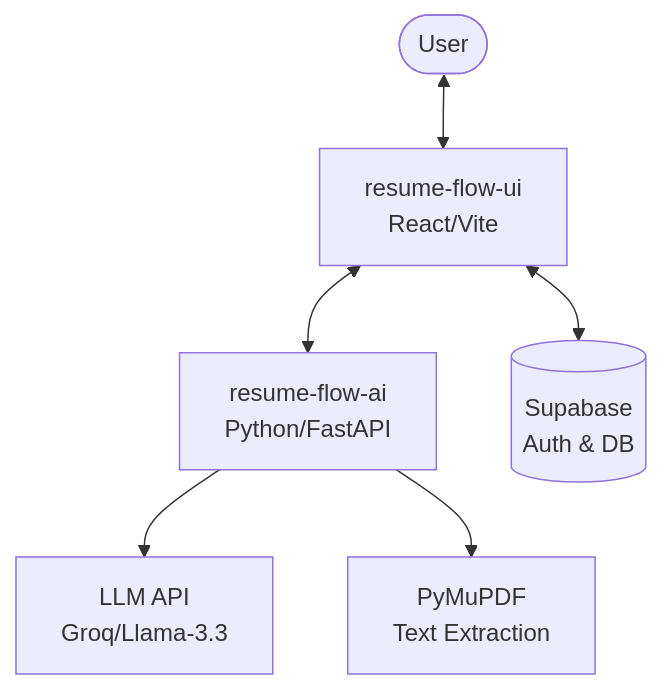
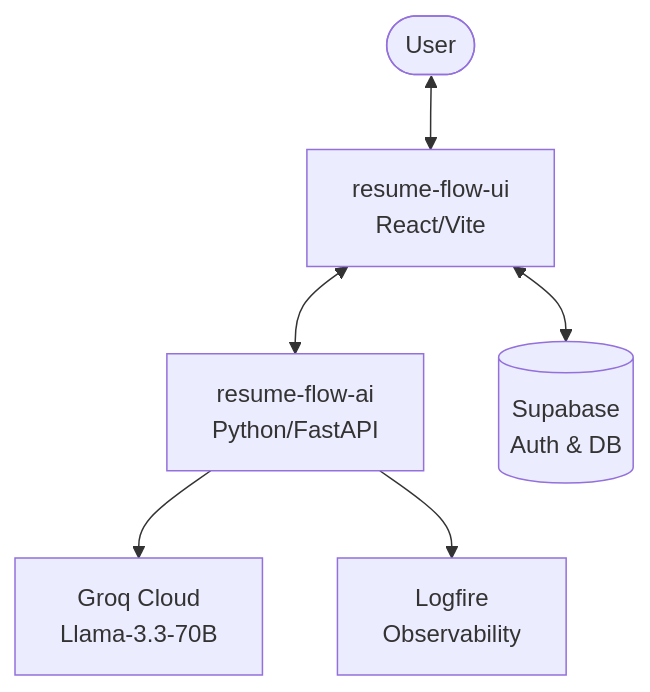
Before and after one commit to satviksrivatsav/resume-flow: the fifth of 5 diagrams in README.md, drawn with Mermaid. The commit also changed other lines of this file, not shown here.

Commit message:
docs: overhaul root README with deep intelligence technical flows and diagrams

````diff
--- a/README.md
+++ b/README.md
@@ -38,9 +91,9 @@
 ```mermaid
 graph TD
     User([User]) <--> UI[resume-flow-ui<br/>React/Vite]
     UI <--> AI[resume-flow-ai<br/>Python/FastAPI]
     UI <--> DB[(Supabase<br/>Auth & DB)]
     
-    AI --> LLM[LLM API<br/>Groq/Llama-3.3]
-    AI --> PDF[PyMuPDF<br/>Text Extraction]
+    AI --> LLM[Groq Cloud<br/>Llama-3.3-70B]
+    AI --> Log[Logfire<br/>Observability]
 ```
````
